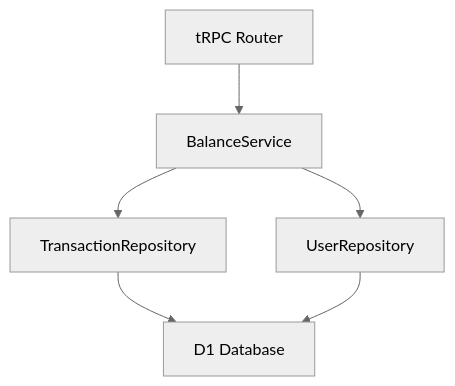
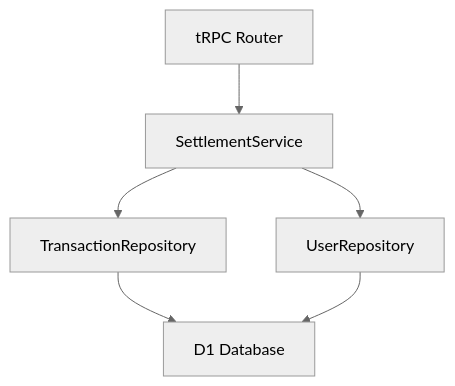
The diagram in docs/ADR/Settlement/GetStatus.md (ryosuke-horie/PairPay), drawn with Mermaid (neutral theme) before and after one commit. The commit also changed other lines of this file, not shown here.

````diff
--- a/docs/ADR/Settlement/GetStatus.md
+++ b/docs/ADR/Settlement/GetStatus.md
@@ -12,8 +12,8 @@
 ```mermaid
 graph TD
-    A[tRPC Router] --> B[BalanceService]
+    A[tRPC Router] --> B[SettlementService]
     B --> C[TransactionRepository]
     B --> D[UserRepository]
     C --> E[D1 Database]
     D --> E
 ```
````
